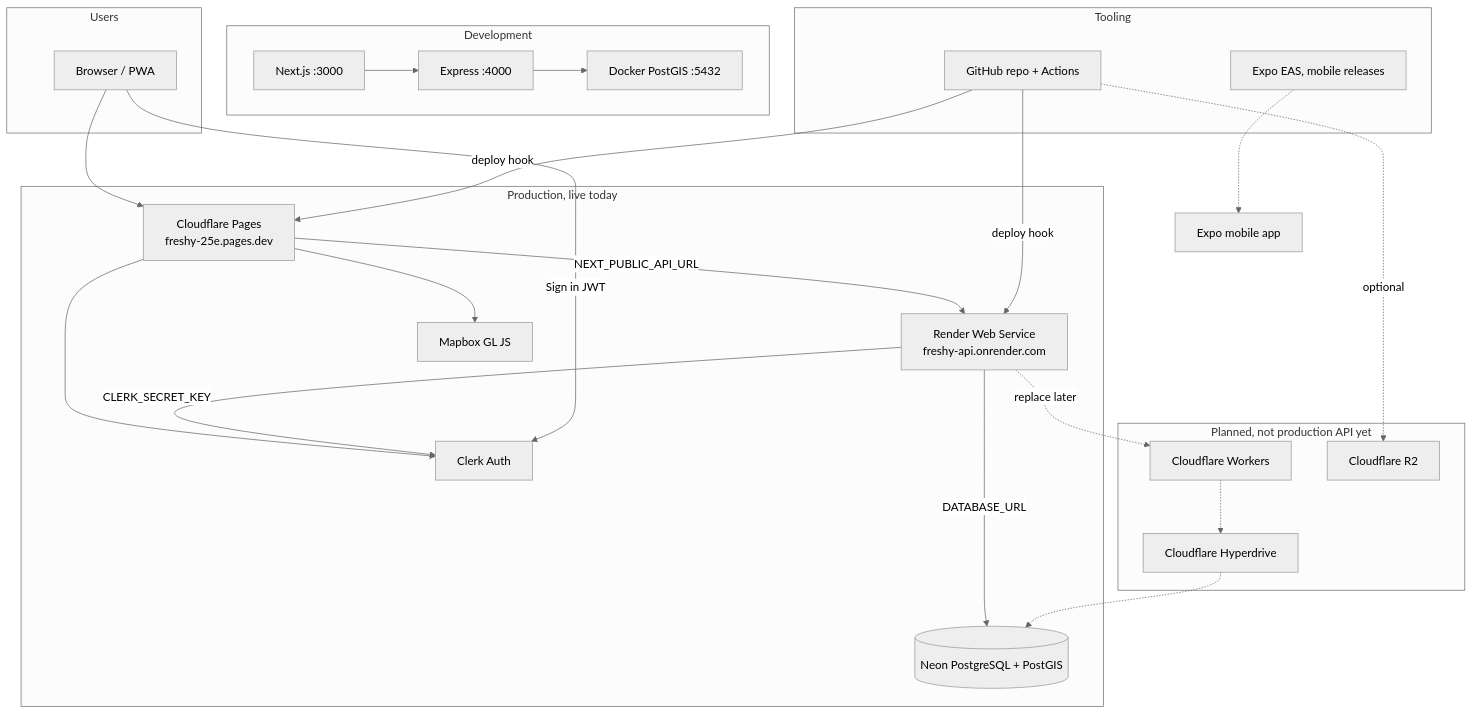
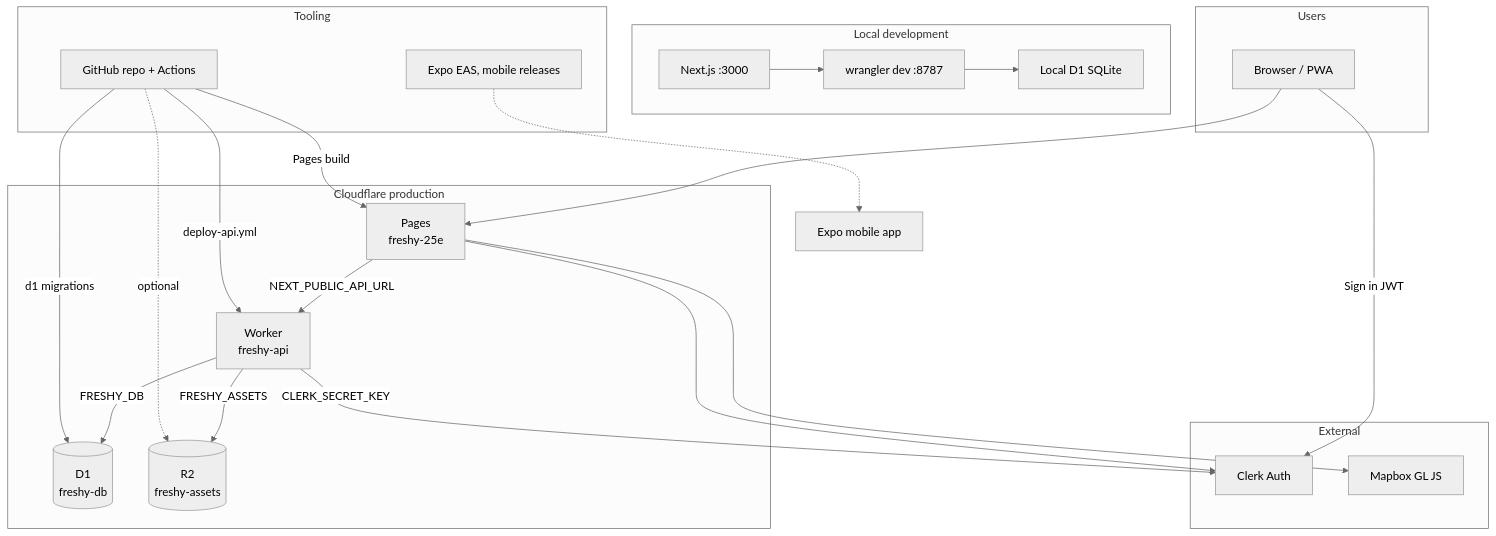
One commit to alexandrelheinen/freshy changed the first of 2 diagrams in docs/platforms.md. Above: the diagram before and after it, drawn with Mermaid (neutral theme). The commit also changed other lines of this file and 36 other files, not shown here.

First line of the commit message:
Docs: Cloudflare stack cleanup and fix D1 tags API crash

````diff
--- a/docs/platforms.md
+++ b/docs/platforms.md
@@ -21,48 +33,45 @@
 ```mermaid
 flowchart TB
     subgraph users [Users]
         Browser[Browser / PWA]
     end
 
-    subgraph prod [Production, live today]
-        Pages["Cloudflare Pages<br/>freshy-25e.pages.dev"]
-        Render["Render Web Service<br/>freshy-api.onrender.com"]
-        Neon[(Neon PostgreSQL + PostGIS)]
+    subgraph cf [Cloudflare production]
+        Pages["Pages<br/>freshy-25e"]
+        Worker["Worker<br/>freshy-api"]
+        D1[(D1<br/>freshy-db)]
+        R2[(R2<br/>freshy-assets)]
+    end
+
+    subgraph external [External]
         Clerk[Clerk Auth]
         Mapbox[Mapbox GL JS]
     end
 
-    subgraph dev [Development]
-        Docker[Docker PostGIS :5432]
-        LocalAPI[Express :4000]
+    subgraph dev [Local development]
         LocalWeb[Next.js :3000]
-    end
-
-    subgraph future [Planned, not production API yet]
-        Workers[Cloudflare Workers]
-        Hyperdrive[Cloudflare Hyperdrive]
-        R2[Cloudflare R2]
+        LocalWorker[wrangler dev :8787]
+        LocalD1[Local D1 SQLite]
     end
 
     subgraph tooling [Tooling]
         GitHub[GitHub repo + Actions]
         EAS[Expo EAS, mobile releases]
     end
 
     Browser --> Pages
-    Pages -->|NEXT_PUBLIC_API_URL| Render
+    Pages -->|NEXT_PUBLIC_API_URL| Worker
     Pages --> Mapbox
     Pages --> Clerk
-    Render -->|DATABASE_URL| Neon
-    Render -->|CLERK_SECRET_KEY| Clerk
+    Worker -->|FRESHY_DB| D1
+    Worker -->|FRESHY_ASSETS| R2
+    Worker -->|CLERK_SECRET_KEY| Clerk
     Browser -->|Sign in JWT| Clerk
 
-    LocalWeb --> LocalAPI --> Docker
-    GitHub -->|deploy hook| Pages
-    GitHub -->|deploy hook| Render
+    LocalWeb --> LocalWorker --> LocalD1
+    GitHub -->|Pages build| Pages
+    GitHub -->|deploy-api.yml| Worker
+    GitHub -->|d1 migrations| D1
     GitHub -.->|optional| R2
     EAS -.-> Mobile[Expo mobile app]
-
-    Workers -.-> Hyperdrive -.-> Neon
-    Render -.->|replace later| Workers
 ```
````
